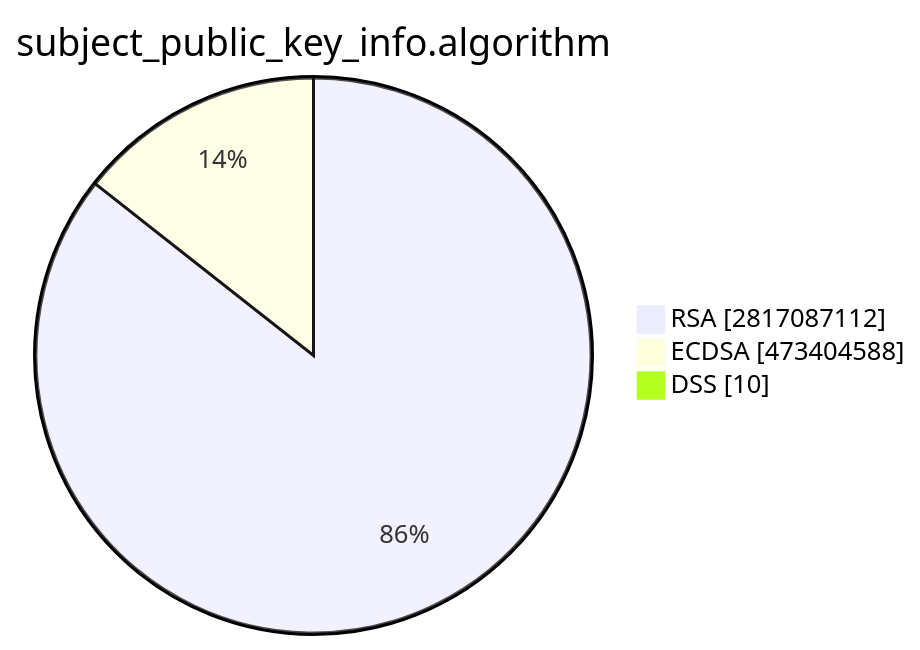
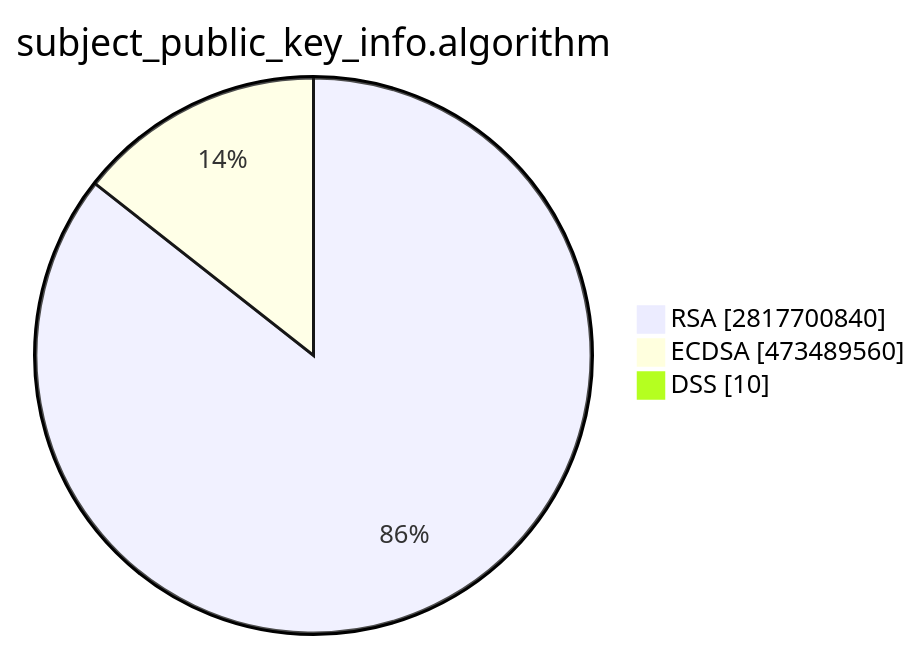
One commit to christiankrug/ctmonitor_visualization changed the second of 15 diagrams in TOTAL/README.md. Above: the diagram before and after it, drawn with Mermaid. The commit also changed other lines of this file, not shown here.

````diff
--- a/TOTAL/README.md
+++ b/TOTAL/README.md
@@ -6,7 +6,7 @@
 ```mermaid
 pie showData
 title subject_public_key_info.algorithm
-"RSA" :2817087112
-"ECDSA" :473404588
+"RSA" :2817700840
+"ECDSA" :473489560
 "DSS" :10
 ```
````
